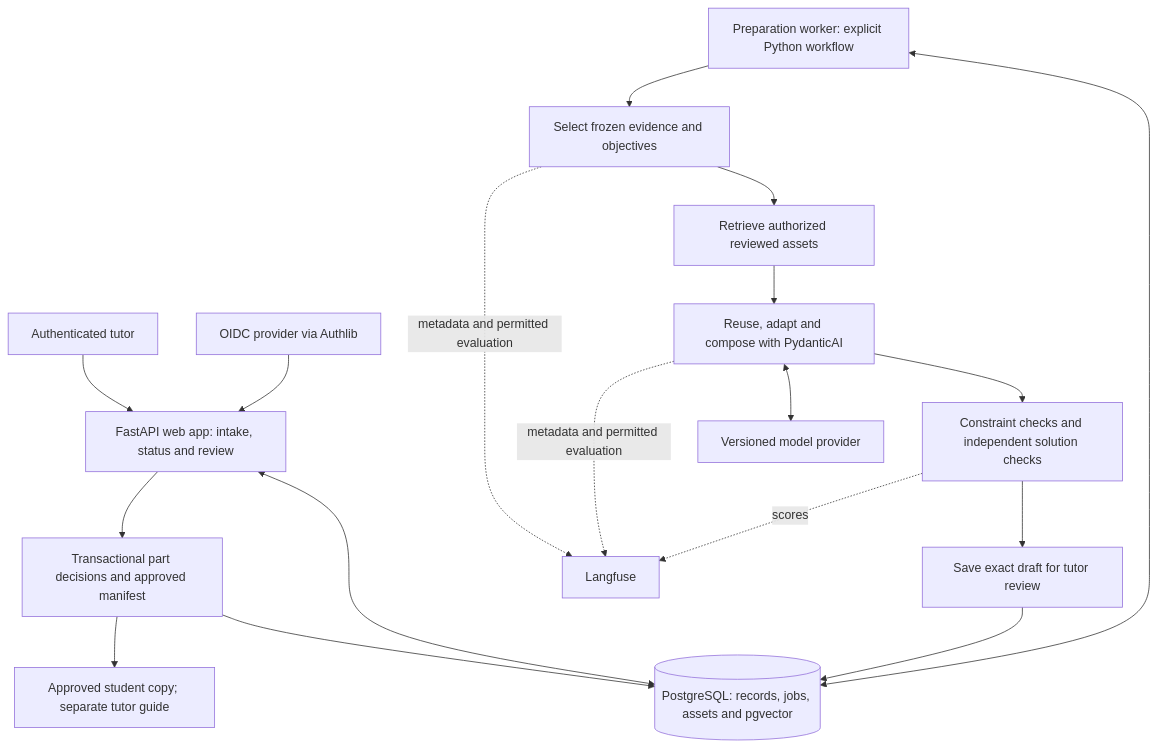
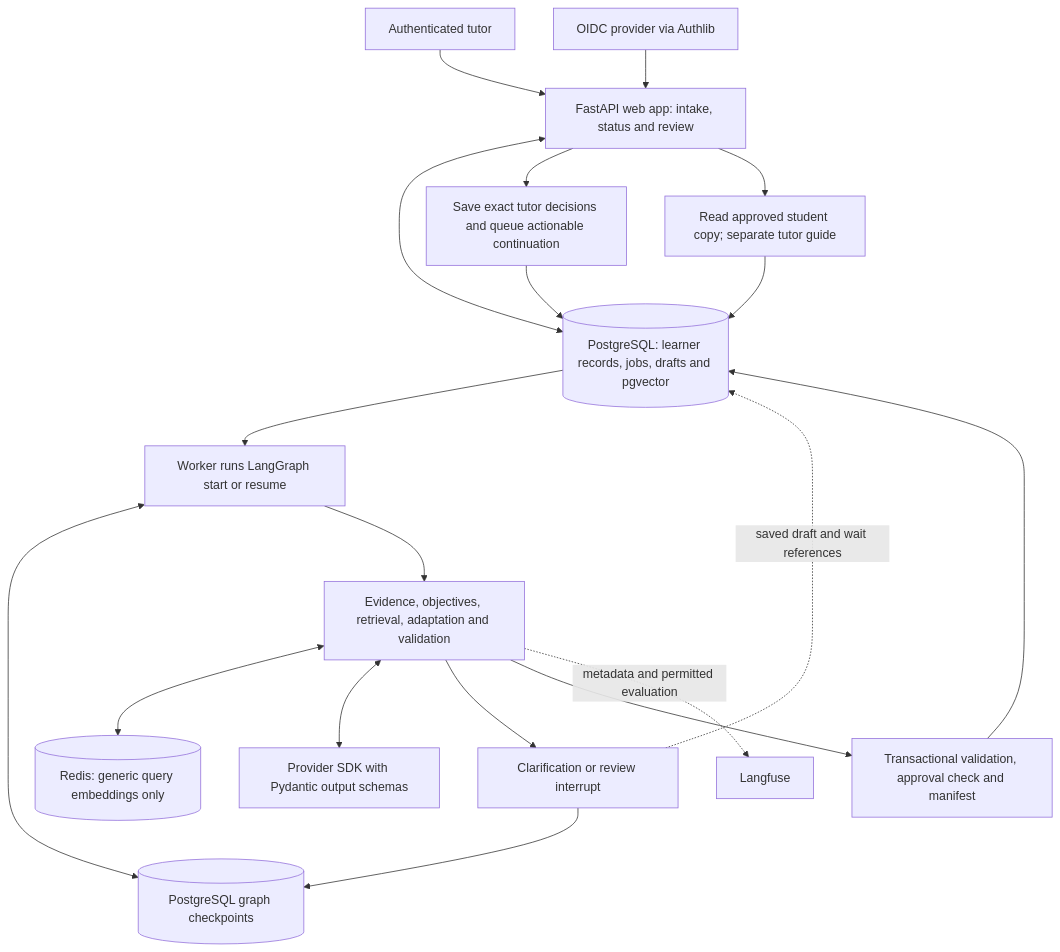
The first of 2 diagrams in Architecture.md (stan-playground/Tutor-2), drawn with Mermaid before and after one commit. The commit also changed other lines of this file and 77 other files, not shown here.

First line of the commit message:
docs: record Tutor Copilot architecture and preparation specs

````diff
--- a/Architecture.md
+++ b/Architecture.md
@@ -235,20 +263,21 @@
 ```mermaid
 flowchart TD
     Tutor[Authenticated tutor] --> Web[FastAPI web app: intake, status and review]
     Identity[OIDC provider via Authlib] --> Web
-    Web <--> DB[(PostgreSQL: records, jobs, assets and pgvector)]
-    Worker[Preparation worker: explicit Python workflow] <--> DB
-    Worker --> Evidence[Select frozen evidence and objectives]
-    Evidence --> Retrieve[Retrieve authorized reviewed assets]
-    Retrieve --> Generate[Reuse, adapt and compose with PydanticAI]
-    Generate --> Validate[Constraint checks and independent solution checks]
-    Validate --> Review[Save exact draft for tutor review]
-    Review --> DB
-    Web --> Decision[Transactional part decisions and approved manifest]
-    Decision --> DB
-    Decision --> Copy[Approved student copy; separate tutor guide]
-    Generate <--> Model[Versioned model provider]
-    Evidence -. metadata and permitted evaluation .-> LF[Langfuse]
-    Generate -. metadata and permitted evaluation .-> LF
-    Validate -. scores .-> LF
+    Web <--> DB[(PostgreSQL: learner records, jobs, drafts and pgvector)]
+    Web --> Decisions[Save exact tutor decisions and queue actionable continuation]
+    Decisions --> DB
+    DB --> Worker[Worker runs LangGraph start or resume]
+    Worker <--> Checkpoints[(PostgreSQL graph checkpoints)]
+    Worker --> Graph[Evidence, objectives, retrieval, adaptation and validation]
+    Graph <--> Cache[(Redis: generic query embeddings only)]
+    Graph <--> Model[Provider SDK with Pydantic output schemas]
+    Graph --> Wait[Clarification or review interrupt]
+    Wait --> Checkpoints
+    Wait -. saved draft and wait references .-> DB
+    Graph --> Finalize[Transactional validation, approval check and manifest]
+    Finalize --> DB
+    Web --> Copy[Read approved student copy; separate tutor guide]
+    Copy --> DB
+    Graph -. metadata and permitted evaluation .-> LF[Langfuse]
 ```
````
